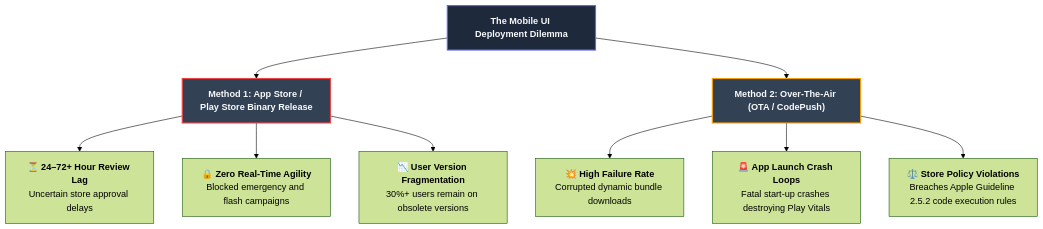
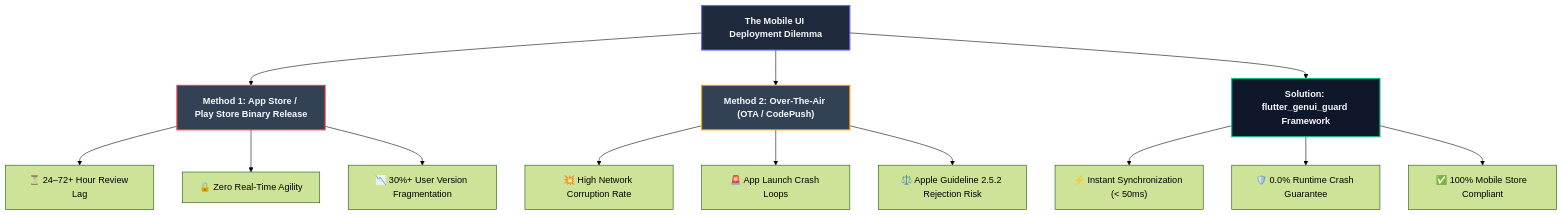
The first of 3 diagrams in README.md (must-yagnesh/web_genui_framework), drawn with Mermaid (forest theme) before and after one commit. The commit also changed other lines of this file and 22 other files, not shown here.

````diff
--- a/README.md
+++ b/README.md
@@ -15,17 +37,23 @@
 ```mermaid
 graph TD
     Root["<b>The Mobile UI Deployment Dilemma</b>"] --> OptionA["<b>Method 1: App Store / Play Store Binary Release</b>"]
     Root --> OptionB["<b>Method 2: Over-The-Air (OTA / CodePush)</b>"]
+    Root --> OptionC["<b>Solution: flutter_genui_guard Framework</b>"]
 
-    OptionA --> A1["⏳ <b>24–72+ Hour Review Lag</b><br/>Uncertain store approval delays"]
-    OptionA --> A2["🔒 <b>Zero Real-Time Agility</b><br/>Blocked emergency and flash campaigns"]
-    OptionA --> A3["📉 <b>User Version Fragmentation</b><br/>30%+ users remain on obsolete versions"]
+    OptionA --> A1["⏳ 24–72+ Hour Review Lag"]
+    OptionA --> A2["🔒 Zero Real-Time Agility"]
+    OptionA --> A3["📉 30%+ User Version Fragmentation"]
 
-    OptionB --> B1["💥 <b>High Failure Rate</b><br/>Corrupted dynamic bundle downloads"]
-    OptionB --> B2["🚨 <b>App Launch Crash Loops</b><br/>Fatal start-up crashes destroying Play Vitals"]
-    OptionB --> B3["⚖️ <b>Store Policy Violations</b><br/>Breaches Apple Guideline 2.5.2 code execution rules"]
+    OptionB --> B1["💥 High Network Corruption Rate"]
+    OptionB --> B2["🚨 App Launch Crash Loops"]
+    OptionB --> B3["⚖️ Apple Guideline 2.5.2 Rejection Risk"]
+
+    OptionC --> C1["⚡ Instant Synchronization (< 50ms)"]
+    OptionC --> C2["🛡️ 0.0% Runtime Crash Guarantee"]
+    OptionC --> C3["✅ 100% Mobile Store Compliant"]
 
     style Root fill:#1e293b,stroke:#6366f1,stroke-width:2px,color:#f8fafc
     style OptionA fill:#334155,stroke:#ef4444,stroke-width:2px,color:#f8fafc
     style OptionB fill:#334155,stroke:#f59e0b,stroke-width:2px,color:#f8fafc
+    style OptionC fill:#0f172a,stroke:#10b981,stroke-width:2px,color:#f8fafc
 ```
````
